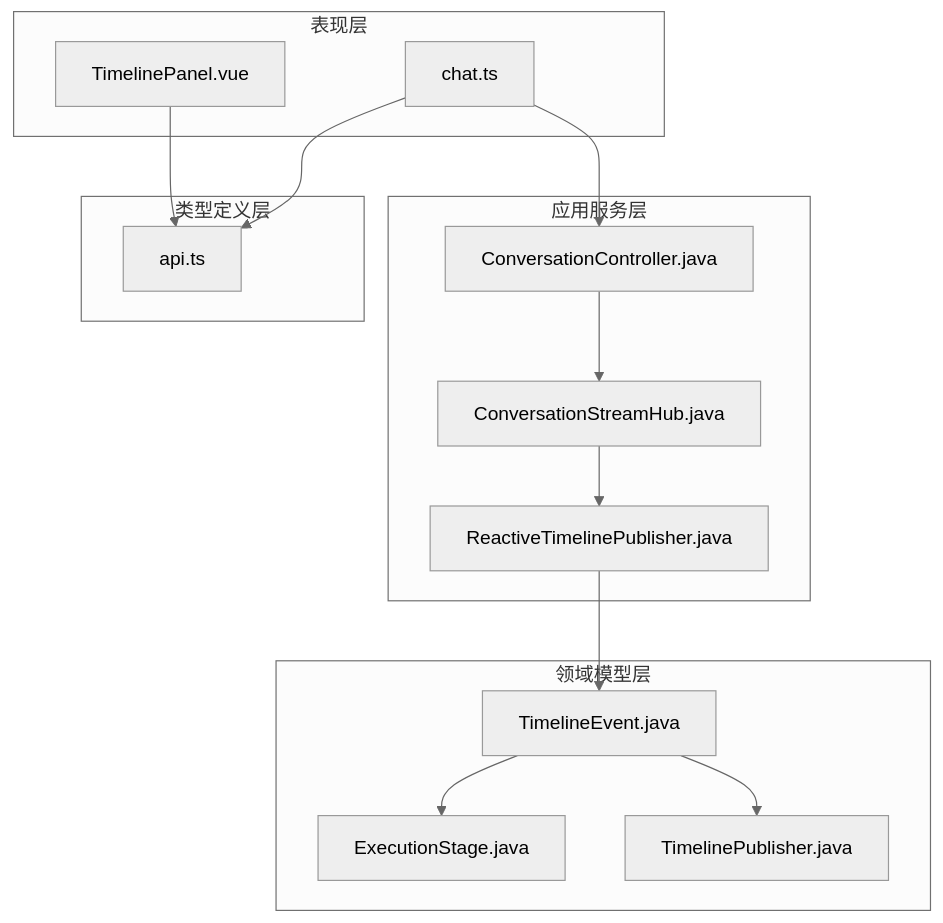
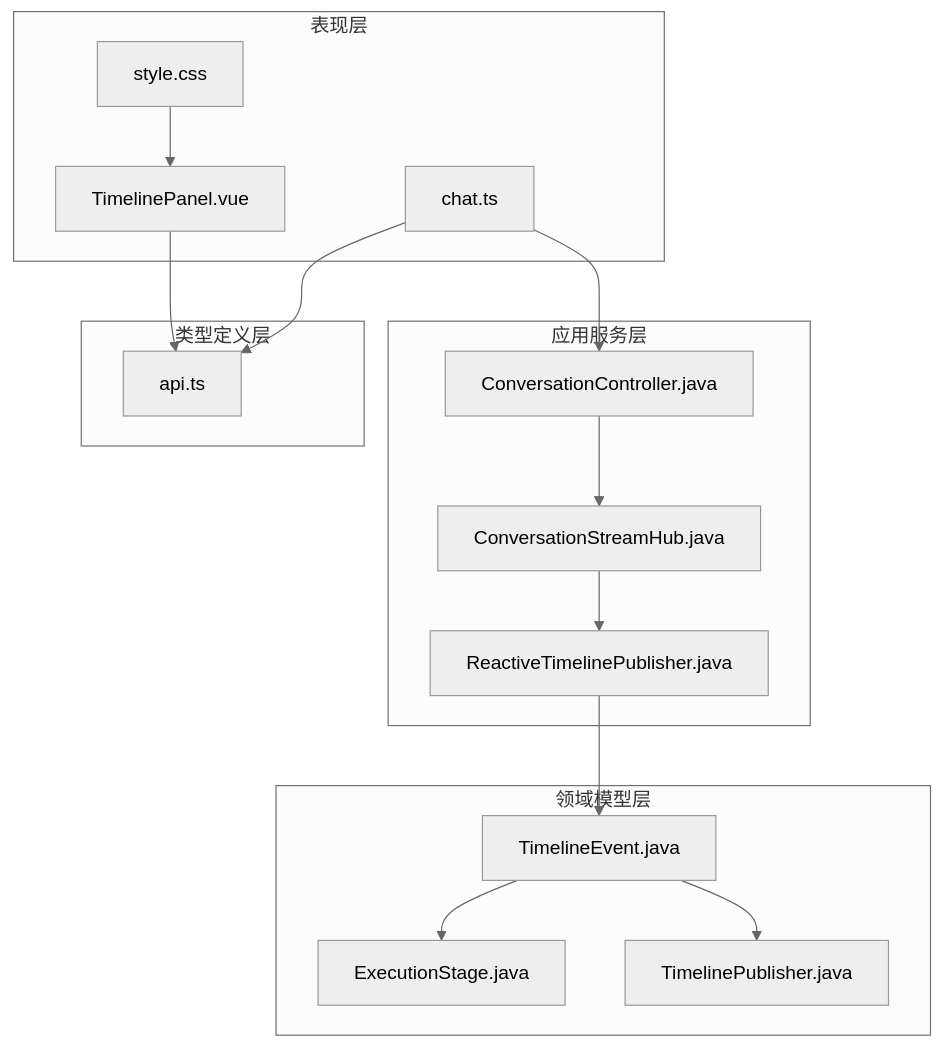
Before and after one commit to Sinlair/TravelAgent: the seventh of 7 diagrams in .qoder/repowiki/zh/content/前端开发指南/Vue组件架构/时间线面板组件.md, drawn with Mermaid (neutral theme). The commit also changed other lines of this file and 53 other files, not shown here.

````diff
--- a/.qoder/repowiki/zh/content/前端开发指南/Vue组件架构/时间线面板组件.md
+++ b/.qoder/repowiki/zh/content/前端开发指南/Vue组件架构/时间线面板组件.md
@@ -294,28 +391,30 @@
 ```mermaid
 graph TB
 subgraph "表现层"
 TimelinePanel[TimelinePanel.vue]
 ChatStore[chat.ts]
+Styles[style.css]
 end
 subgraph "类型定义层"
 ApiTypes[api.ts]
 end
 subgraph "领域模型层"
 DomainEvent[TimelineEvent.java]
 ExecutionStage[ExecutionStage.java]
 TimelinePublisher[TimelinePublisher.java]
 end
 subgraph "应用服务层"
 ReactivePublisher[ReactiveTimelinePublisher.java]
 ConversationController[ConversationController.java]
 ConversationStreamHub[ConversationStreamHub.java]
 end
 TimelinePanel --> ApiTypes
 ChatStore --> ApiTypes
 ChatStore --> ConversationController
 ConversationController --> ConversationStreamHub
 ConversationStreamHub --> ReactivePublisher
 ReactivePublisher --> DomainEvent
 DomainEvent --> ExecutionStage
 DomainEvent --> TimelinePublisher
+Styles --> TimelinePanel
 ```
````
